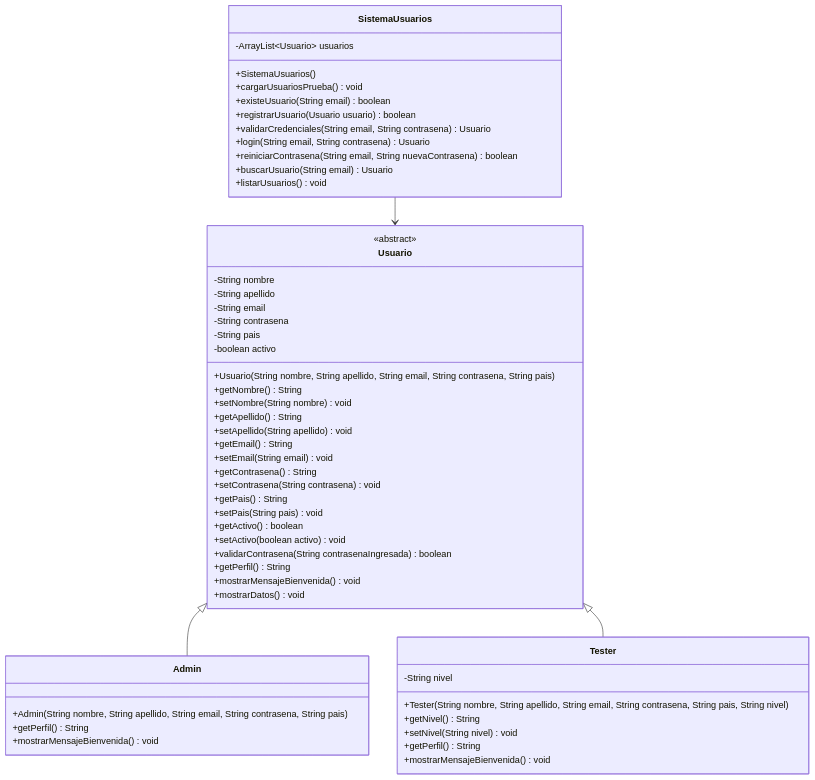
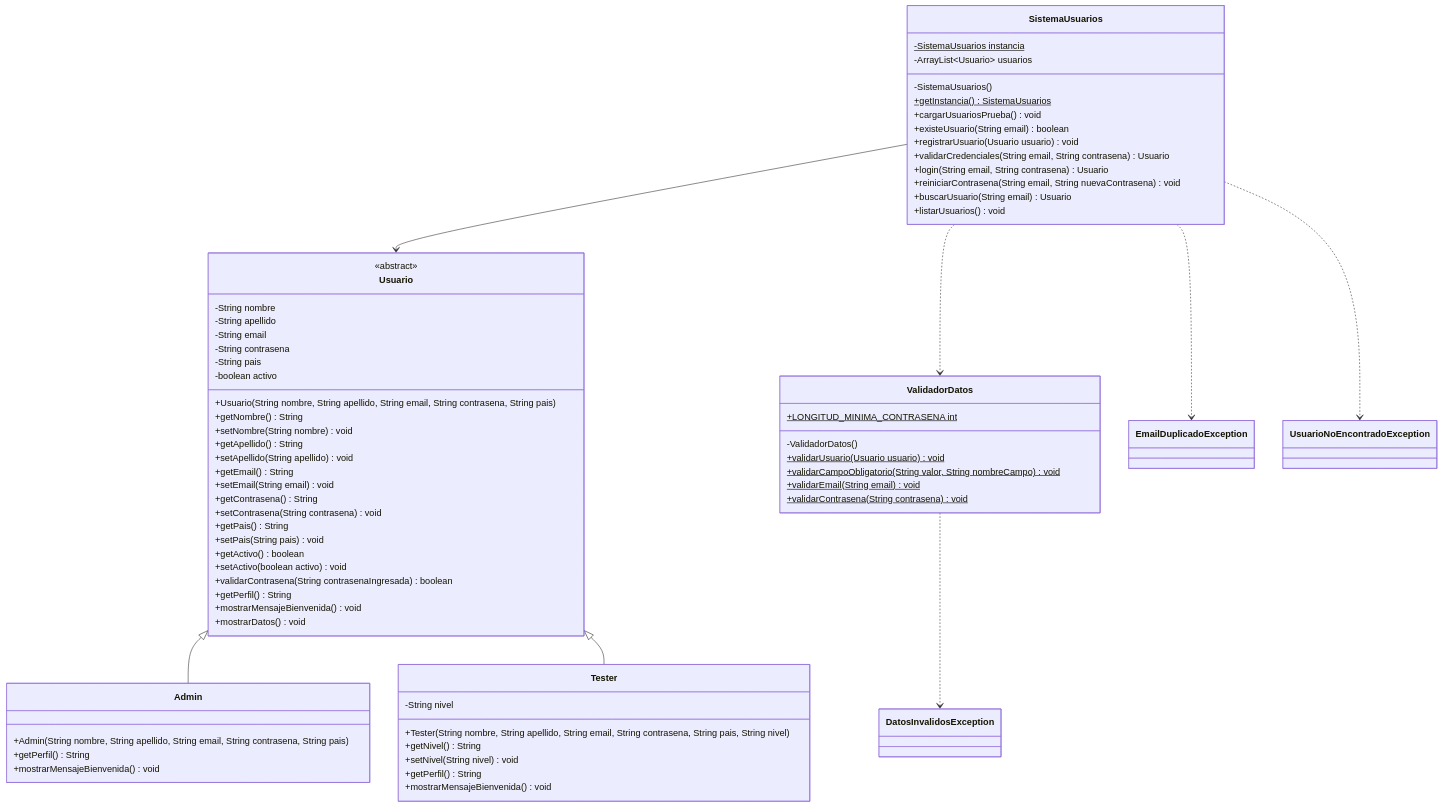
The diagram in README.md (jolema28/Proyecto_IPPT_JLema), drawn with Mermaid before and after one commit. The commit also changed other lines of this file and 6 other files, not shown here.

````diff
--- a/README.md
+++ b/README.md
@@ -123,61 +183,80 @@
 ```mermaid
 classDiagram
     class Usuario {
         <<abstract>>
         -String nombre
         -String apellido
         -String email
         -String contrasena
         -String pais
         -boolean activo
         +Usuario(String nombre, String apellido, String email, String contrasena, String pais)
         +getNombre() String
         +setNombre(String nombre) void
         +getApellido() String
         +setApellido(String apellido) void
         +getEmail() String
         +setEmail(String email) void
         +getContrasena() String
         +setContrasena(String contrasena) void
         +getPais() String
         +setPais(String pais) void
         +getActivo() boolean
         +setActivo(boolean activo) void
         +validarContrasena(String contrasenaIngresada) boolean
         +getPerfil() String
         +mostrarMensajeBienvenida() void
         +mostrarDatos() void
     }
 
     class Admin {
         +Admin(String nombre, String apellido, String email, String contrasena, String pais)
         +getPerfil() String
         +mostrarMensajeBienvenida() void
     }
 
     class Tester {
         -String nivel
         +Tester(String nombre, String apellido, String email, String contrasena, String pais, String nivel)
         +getNivel() String
         +setNivel(String nivel) void
         +getPerfil() String
         +mostrarMensajeBienvenida() void
     }
 
     class SistemaUsuarios {
+        -SistemaUsuarios instancia$
         -ArrayList~Usuario~ usuarios
-        +SistemaUsuarios()
+        -SistemaUsuarios()
+        +getInstancia() SistemaUsuarios$
         +cargarUsuariosPrueba() void
         +existeUsuario(String email) boolean
-        +registrarUsuario(Usuario usuario) boolean
+        +registrarUsuario(Usuario usuario) void
         +validarCredenciales(String email, String contrasena) Usuario
         +login(String email, String contrasena) Usuario
-        +reiniciarContrasena(String email, String nuevaContrasena) boolean
+        +reiniciarContrasena(String email, String nuevaContrasena) void
         +buscarUsuario(String email) Usuario
         +listarUsuarios() void
     }
 
+    class ValidadorDatos {
+        +LONGITUD_MINIMA_CONTRASENA int$
+        -ValidadorDatos()
+        +validarUsuario(Usuario usuario) void$
+        +validarCampoObligatorio(String valor, String nombreCampo) void$
+        +validarEmail(String email) void$
+        +validarContrasena(String contrasena) void$
+    }
+
+    class DatosInvalidosException
+    class EmailDuplicadoException
+    class UsuarioNoEncontradoException
+
     Usuario <|-- Admin
     Usuario <|-- Tester
     SistemaUsuarios --> Usuario
+    SistemaUsuarios ..> ValidadorDatos
+    ValidadorDatos ..> DatosInvalidosException
+    SistemaUsuarios ..> EmailDuplicadoException
+    SistemaUsuarios ..> UsuarioNoEncontradoException
 ```
````
